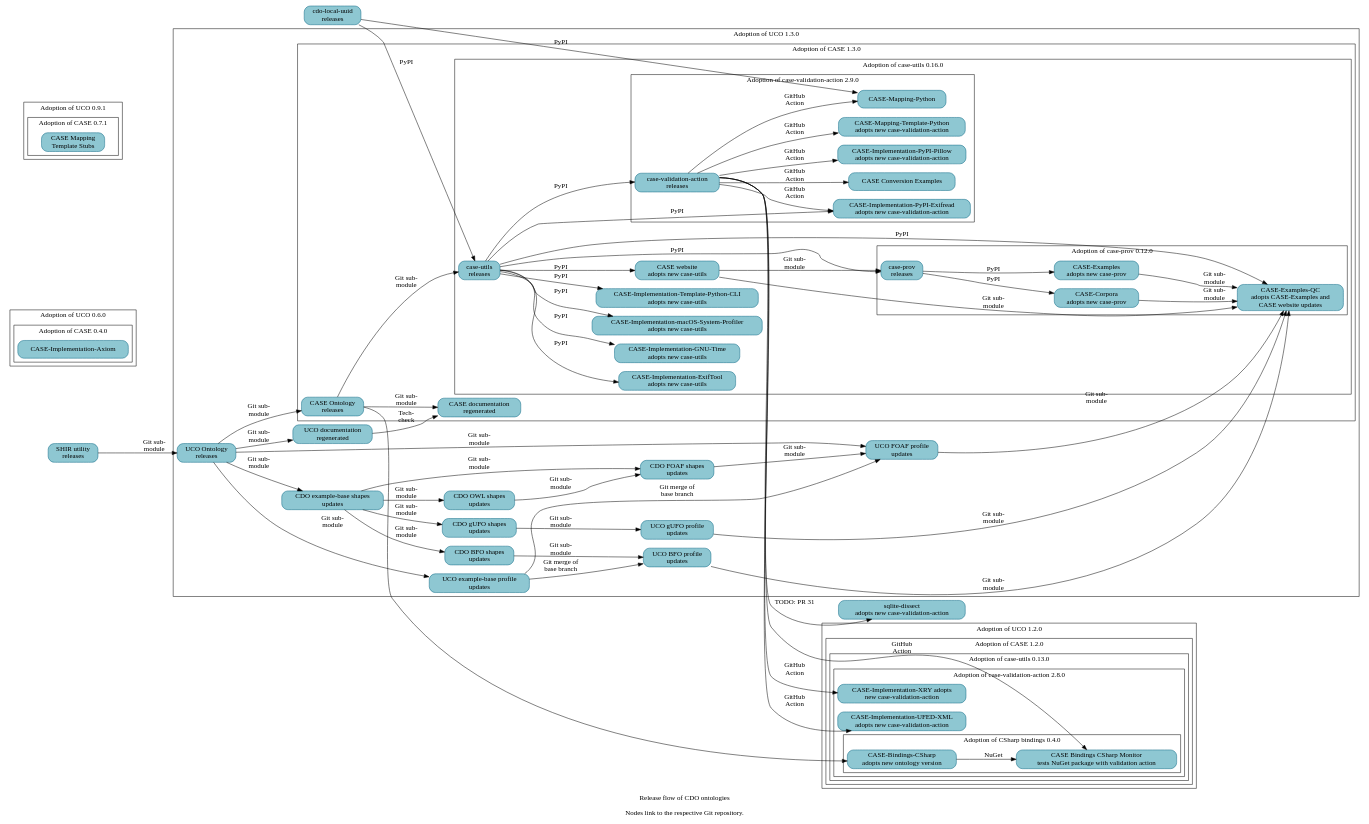
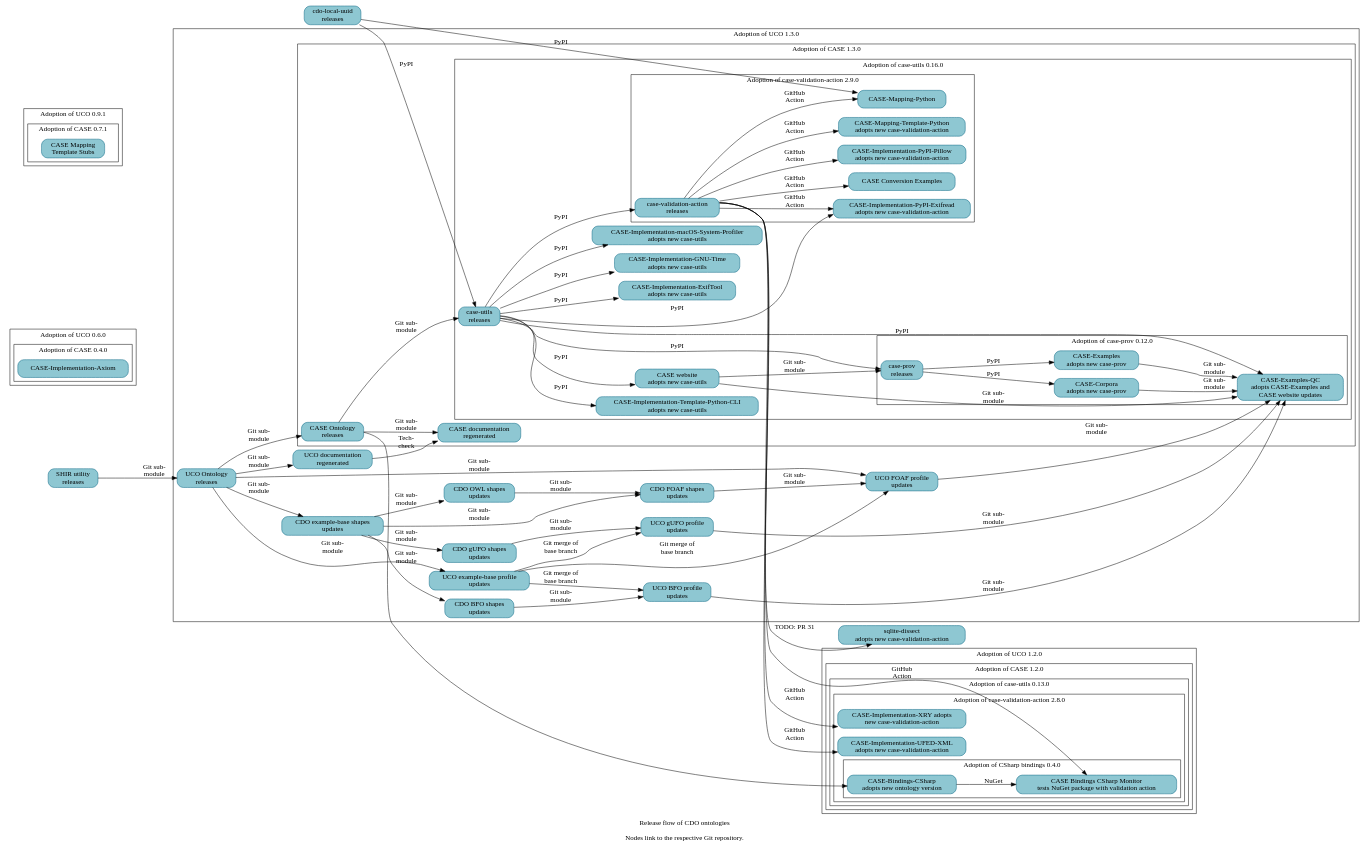
The diagram in resources/project_release_flow.dot (Cyber-Domain-Ontology/cdo.github.io), drawn with Graphviz before and after one commit.

Commit message:
Link UCO-Profile-Example into supply chain for UCO-Profile-gufo
A follow-on patch will regenerate Make-managed files.

```diff
--- a/resources/project_release_flow.dot
+++ b/resources/project_release_flow.dot
@@ -1,163 +1,164 @@
 digraph "cdo_release_flow" {
   label = "Release flow of CDO ontologies\n\nNodes link to the respective Git repository." ;
   rankdir = "LR" ;
   node [shape="rectangle" style="filled,rounded" fillcolor="#8EC7D2" color="#0D6986"] ;
 
   // Define nodes in their corresponding progress subgraph.
 
   _GH__CYBER_DOMAIN_ONTOLOGY__CDO_UTILITY_LOCAL_UUID [URL="https://github.com/Cyber-Domain-Ontology/CDO-Utility-Local-UUID" label="cdo-local-uuid\nreleases"] ;
 
   subgraph cluster_uco_0_6_0 {
     label = "Adoption of UCO 0.6.0" ;
 
     subgraph cluster_case_0_4_0 {
       label = "Adoption of CASE 0.4.0" ;
       _GH__CASEWORK__CASE_IMPLEMENTATION_AXIOM [URL="https://github.com/casework/CASE-Implementation-Axiom" label="CASE-Implementation-Axiom"] ;
     }
   }
 
   subgraph cluster_uco_0_9_1 {
     label = "Adoption of UCO 0.9.1" ;
 
     subgraph cluster_case_0_7_1 {
       label = "Adoption of CASE 0.7.1" ;
       _GH__CASEWORK__CASE_MAPPING_TEMPLATE_STUBS [URL="https://github.com/casework/CASE-Mapping-Template-Stubs" label="CASE Mapping\nTemplate Stubs"] ;
     }
   }
 
   subgraph cluster_uco_1_2_0 {
     label = "Adoption of UCO 1.2.0" ;
 
     subgraph cluster_case_1_2_0 {
       label = "Adoption of CASE 1.2.0" ;
 
       subgraph cluster_case_utils_0_13_0 {
         label = "Adoption of case-utils 0.13.0" ;
 
         subgraph cluster_case_validation_action_2_8_0 {
           label = "Adoption of case-validation-action 2.8.0" ;
 
           _GH__CASEWORK__CASE_IMPLEMENTATION_UFED_XML [URL="https://github.com/casework/CASE-Implementation-UFED-XML" label="CASE-Implementation-UFED-XML\nadopts new case-validation-action"] ;
           _GH__CASEWORK__CASE_IMPLEMENTATION_XRY [URL="https://github.com/casework/CASE-Implementation-XRY" label="CASE-Implementation-XRY adopts\nnew case-validation-action"] ;
 
           subgraph cluster_case_bindings_csharp_0_4_0 {
             label = "Adoption of CSharp bindings 0.4.0" ;
 
             _GH__CASEWORK__CASE_BINDINGS_CSHARP_MONITOR [URL="https://github.com/casework/CASE-Bindings-CSharp-Monitor" label="CASE Bindings CSharp Monitor\ntests NuGet package with validation action"] ;
             _GH__CIPHERTECHSOLUTIONS__CASE_BINDINGS_CSHARP [URL="https://github.com/ciphertechsolutions/CASE-Bindings-CSharp" label="CASE-Bindings-CSharp\nadopts new ontology version"] ;
           }
         }
       }
     }
   }
 
   subgraph cluster_uco_1_3_0 {
     label = "Adoption of UCO 1.3.0" ;
 
     _GH__CYBER_DOMAIN_ONTOLOGY__CDO_SHAPES_BFO [URL="https://github.com/Cyber-Domain-Ontology/CDO-Shapes-BFO" label="CDO BFO shapes\nupdates"] ;
     _GH__CYBER_DOMAIN_ONTOLOGY__CDO_SHAPES_EXAMPLE [URL="https://github.com/Cyber-Domain-Ontology/CDO-Shapes-Example" label="CDO example-base shapes\nupdates"] ;
     _GH__CYBER_DOMAIN_ONTOLOGY__CDO_SHAPES_FOAF [URL="https://github.com/Cyber-Domain-Ontology/CDO-Shapes-FOAF" label="CDO FOAF shapes\nupdates"] ;
     _GH__CYBER_DOMAIN_ONTOLOGY__CDO_SHAPES_GUFO [URL="https://github.com/Cyber-Domain-Ontology/CDO-Shapes-gufo" label="CDO gUFO shapes\nupdates"] ;
     _GH__CYBER_DOMAIN_ONTOLOGY__CDO_SHAPES_OWL [URL="https://github.com/Cyber-Domain-Ontology/CDO-Shapes-OWL" label="CDO OWL shapes\nupdates"] ;
     _GH__UCOPROJECT__ONTOLOGY_UNIFIEDCYBERONTOLOGY_ORG [URL="https://github.com/ucoProject/ontology.unifiedcyberontology.org" label="UCO documentation\nregenerated"] ;
     _GH__UCOPROJECT__UCO [URL="https://github.com/ucoProject/UCO" label="UCO Ontology\nreleases"] ;
     _GH__UCOPROJECT__UCO_PROFILE_BFO [URL="https://github.com/ucoProject/UCO-Profile-BFO" label="UCO BFO profile\nupdates"] ;
     _GH__UCOPROJECT__UCO_PROFILE_EXAMPLE [URL="https://github.com/ucoProject/UCO-Profile-Example" label="UCO example-base profile\nupdates"] ;
     _GH__UCOPROJECT__UCO_PROFILE_FOAF [URL="https://github.com/ucoProject/UCO-Profile-FOAF" label="UCO FOAF profile\nupdates"] ;
     _GH__UCOPROJECT__UCO_PROFILE_GUFO [URL="https://github.com/ucoProject/UCO-Profile-gufo" label="UCO gUFO profile\nupdates"] ;
 
     subgraph cluster_case_1_2_0 {
       label = "Adoption of CASE 1.3.0" ;
 
       _GH__CASEWORK__CASE [URL="https://github.com/casework/CASE" label="CASE Ontology\nreleases"] ;
       _GH__CASEWORK__ONTOLOGY_CASEONTOLOGY_ORG [URL="https://github.com/casework/ontology.caseontology.org" label="CASE documentation\nregenerated"] ;
 
       subgraph cluster_case_utils_0_16_0 {
         label = "Adoption of case-utils 0.16.0" ;
 
         _GH__CASEWORK__CASE_IMPLEMENTATION_EXIFTOOL [URL="https://github.com/casework/CASE-Implementation-ExifTool" label="CASE-Implementation-ExifTool\nadopts new case-utils"] ;
         _GH__CASEWORK__CASE_IMPLEMENTATION_GNU_TIME [URL="https://github.com/casework/CASE-Implementation-GNU-Time" label="CASE-Implementation-GNU-Time\nadopts new case-utils"] ;
         _GH__CASEWORK__CASE_IMPLEMENTATION_MACOS_SYSTEM_PROFILER [URL="https://github.com/casework/CASE-Implementation-macOS-System-Profiler" label="CASE-Implementation-macOS-System-Profiler\nadopts new case-utils"] ;
         _GH__CASEWORK__CASE_IMPLEMENTATION_TEMPLATE_PYTHON_CLI [URL="https://github.com/casework/CASE-Implementation-Template-Python-CLI" label="CASE-Implementation-Template-Python-CLI\nadopts new case-utils"]
         _GH__CASEWORK__CASE_UTILITIES_PYTHON [URL="https://github.com/casework/CASE-Utilities-Python" label="case-utils\nreleases"] ;
         _GH__CASEWORK__CASEWORK_GITHUB_IO [URL="https://github.com/casework/casework.github.io" label="CASE website\nadopts new case-utils"] ;
 
         subgraph cluster_case_prov_0_12_0 {
           label = "Adoption of case-prov 0.12.0" ;
 
           _GH__AJNELSON_NIST__CASE_EXAMPLES_QC [URL="https://github.com/ajnelson-nist/CASE-Examples-QC" label="CASE-Examples-QC\nadopts CASE-Examples and\nCASE website updates"] ;
           _GH__CASEWORK__CASE_CORPORA [URL="https://github.com/casework/CASE-Corpora" label="CASE-Corpora\nadopts new case-prov"] ;
           _GH__CASEWORK__CASE_EXAMPLES [URL="https://github.com/casework/CASE-Examples" label="CASE-Examples\nadopts new case-prov"] ;
           _GH__CASEWORK__CASE_IMPLEMENTATION_PROV_O [URL="https://github.com/casework/CASE-Implementation-PROV-O" label="case-prov\nreleases"] ;
         }
 
         subgraph cluster_case_validation_action_2_9_0 {
           label = "Adoption of case-validation-action 2.9.0" ;
 
           _GH__CASEWORK__CASE_EXAMPLES_CONVERSION [URL="https://github.com/casework/CASE-Examples-Conversion" label="CASE Conversion Examples"] ;
           _GH__CASEWORK__CASE_IMPLEMENTATION_PYPI_EXIFREAD [URL="https://github.com/casework/CASE-Implementation-PyPI-Exifread" label="CASE-Implementation-PyPI-Exifread\nadopts new case-validation-action"] ;
           _GH__CASEWORK__CASE_IMPLEMENTATION_PYPI_PILLOW [URL="https://github.com/casework/CASE-Implementation-PyPI-Pillow" label="CASE-Implementation-PyPI-Pillow\nadopts new case-validation-action"] ;
           _GH__CASEWORK__CASE_MAPPING_PYTHON [URL="https://github.com/casework/CASE-Mapping-Python/" label="CASE-Mapping-Python"] ;
           _GH__CASEWORK__CASE_MAPPING_TEMPLATE_PYTHON [URL="https://github.com/casework/CASE-Mapping-Template-Python" label="CASE-Mapping-Template-Python\nadopts new case-validation-action"] ;
           _GH__KCHASON__CASE_VALIDATION_ACTION [URL="https://github.com/kchason/case-validation-action" label="case-validation-action\nreleases"] ;
         }
       }
     }
   }
 
   _GH__CASEWORK__CASE_UTILITY_SHACL_INHERITANCE_REVIEWER [URL="https://github.com/casework/CASE-Utility-SHACL-Inheritance-Reviewer" label="SHIR utility\nreleases"] ;
   _GH__DOD_CYBER_CRIME_CENTER__SQLITE_DISSECT [URL="https://github.com/dod-cyber-crime-center/sqlite-dissect" label="sqlite-dissect\nadopts new case-validation-action"] ;
 
   // Begin edges
 
   _GH__CASEWORK__CASEWORK_GITHUB_IO -> _GH__CASEWORK__CASE_IMPLEMENTATION_PROV_O [label="Git sub-\nmodule"] ;
   _GH__CASEWORK__CASE_CORPORA -> _GH__AJNELSON_NIST__CASE_EXAMPLES_QC [label="Git sub-\nmodule"] ;
   _GH__CASEWORK__CASE -> _GH__CASEWORK__CASE_UTILITIES_PYTHON [label="Git sub-\nmodule"] ;
   _GH__CASEWORK__CASE -> _GH__CIPHERTECHSOLUTIONS__CASE_BINDINGS_CSHARP ;
   _GH__CASEWORK__CASE -> _GH__CASEWORK__ONTOLOGY_CASEONTOLOGY_ORG [label="Git sub-\nmodule"] ; 
   _GH__CASEWORK__CASE_EXAMPLES -> _GH__AJNELSON_NIST__CASE_EXAMPLES_QC [label="Git sub-\nmodule"] ;
   _GH__CASEWORK__CASE_IMPLEMENTATION_PROV_O -> _GH__CASEWORK__CASE_CORPORA [label="PyPI"] ;
   _GH__CASEWORK__CASE_IMPLEMENTATION_PROV_O -> _GH__CASEWORK__CASE_EXAMPLES [label="PyPI"] ;
   _GH__CASEWORK__CASE_UTILITIES_PYTHON -> _GH__AJNELSON_NIST__CASE_EXAMPLES_QC [label="PyPI"] ;
   _GH__CASEWORK__CASE_UTILITIES_PYTHON -> _GH__CASEWORK__CASE_IMPLEMENTATION_EXIFTOOL [label="PyPI"] ;
   _GH__CASEWORK__CASE_UTILITIES_PYTHON -> _GH__CASEWORK__CASE_IMPLEMENTATION_GNU_TIME [label="PyPI"] ;
   _GH__CASEWORK__CASE_UTILITIES_PYTHON -> _GH__CASEWORK__CASE_IMPLEMENTATION_MACOS_SYSTEM_PROFILER [label="PyPI"] ;
   _GH__CASEWORK__CASE_UTILITIES_PYTHON -> _GH__CASEWORK__CASE_IMPLEMENTATION_PROV_O [label="PyPI"] ;
   _GH__CASEWORK__CASE_UTILITIES_PYTHON -> _GH__CASEWORK__CASE_IMPLEMENTATION_PYPI_EXIFREAD [label="PyPI"] ;
   _GH__CASEWORK__CASE_UTILITIES_PYTHON -> _GH__CASEWORK__CASE_IMPLEMENTATION_TEMPLATE_PYTHON_CLI [label="PyPI"];
   _GH__CASEWORK__CASE_UTILITIES_PYTHON -> _GH__KCHASON__CASE_VALIDATION_ACTION [label="PyPI"] ;
   _GH__CASEWORK__CASE_UTILITIES_PYTHON -> _GH__CASEWORK__CASEWORK_GITHUB_IO [label="PyPI"] ;
   _GH__CASEWORK__CASE_UTILITY_SHACL_INHERITANCE_REVIEWER -> _GH__UCOPROJECT__UCO [label="Git sub-\nmodule"] ;
   _GH__CASEWORK__CASEWORK_GITHUB_IO -> _GH__AJNELSON_NIST__CASE_EXAMPLES_QC [label="Git sub-\nmodule"] ;
   _GH__CIPHERTECHSOLUTIONS__CASE_BINDINGS_CSHARP -> _GH__CASEWORK__CASE_BINDINGS_CSHARP_MONITOR [label="NuGet"] ;
   _GH__CYBER_DOMAIN_ONTOLOGY__CDO_UTILITY_LOCAL_UUID -> _GH__CASEWORK__CASE_MAPPING_PYTHON [label="PyPI"] ;
   _GH__CYBER_DOMAIN_ONTOLOGY__CDO_UTILITY_LOCAL_UUID -> _GH__CASEWORK__CASE_UTILITIES_PYTHON [label="PyPI"] ;
   _GH__CYBER_DOMAIN_ONTOLOGY__CDO_SHAPES_BFO -> _GH__UCOPROJECT__UCO_PROFILE_BFO [label="Git sub-\nmodule"] ;
   _GH__CYBER_DOMAIN_ONTOLOGY__CDO_SHAPES_EXAMPLE -> _GH__CYBER_DOMAIN_ONTOLOGY__CDO_SHAPES_BFO [label="Git sub-\nmodule"] ;
   _GH__CYBER_DOMAIN_ONTOLOGY__CDO_SHAPES_EXAMPLE -> _GH__CYBER_DOMAIN_ONTOLOGY__CDO_SHAPES_FOAF [label="Git sub-\nmodule"] ;
   _GH__CYBER_DOMAIN_ONTOLOGY__CDO_SHAPES_EXAMPLE -> _GH__CYBER_DOMAIN_ONTOLOGY__CDO_SHAPES_GUFO [label="Git sub-\nmodule"] ;
   _GH__CYBER_DOMAIN_ONTOLOGY__CDO_SHAPES_EXAMPLE -> _GH__CYBER_DOMAIN_ONTOLOGY__CDO_SHAPES_OWL [label="Git sub-\nmodule"] ;
   _GH__CYBER_DOMAIN_ONTOLOGY__CDO_SHAPES_FOAF -> _GH__UCOPROJECT__UCO_PROFILE_FOAF [label="Git sub-\nmodule"] ;
   _GH__CYBER_DOMAIN_ONTOLOGY__CDO_SHAPES_GUFO -> _GH__UCOPROJECT__UCO_PROFILE_GUFO [label="Git sub-\nmodule"] ;
   _GH__CYBER_DOMAIN_ONTOLOGY__CDO_SHAPES_OWL -> _GH__CYBER_DOMAIN_ONTOLOGY__CDO_SHAPES_FOAF [label="Git sub-\nmodule"] ;
   _GH__KCHASON__CASE_VALIDATION_ACTION -> _GH__CASEWORK__CASE_BINDINGS_CSHARP_MONITOR [label="GitHub\nAction"] ;
   _GH__KCHASON__CASE_VALIDATION_ACTION -> _GH__CASEWORK__CASE_EXAMPLES_CONVERSION [label="GitHub\nAction"];
   _GH__KCHASON__CASE_VALIDATION_ACTION -> _GH__CASEWORK__CASE_IMPLEMENTATION_PYPI_EXIFREAD [label="GitHub\nAction"] ;
   _GH__KCHASON__CASE_VALIDATION_ACTION -> _GH__CASEWORK__CASE_IMPLEMENTATION_PYPI_PILLOW [label="GitHub\nAction"] ;
   _GH__KCHASON__CASE_VALIDATION_ACTION -> _GH__CASEWORK__CASE_IMPLEMENTATION_UFED_XML [label="GitHub\nAction"] ;
   _GH__KCHASON__CASE_VALIDATION_ACTION -> _GH__CASEWORK__CASE_IMPLEMENTATION_XRY [label="GitHub\nAction"] ;
   _GH__KCHASON__CASE_VALIDATION_ACTION -> _GH__CASEWORK__CASE_MAPPING_PYTHON [label="GitHub\nAction"] ;
   _GH__KCHASON__CASE_VALIDATION_ACTION -> _GH__CASEWORK__CASE_MAPPING_TEMPLATE_PYTHON [label="GitHub\nAction"] ;
   _GH__KCHASON__CASE_VALIDATION_ACTION -> _GH__DOD_CYBER_CRIME_CENTER__SQLITE_DISSECT [URL="https://github.com/dod-cyber-crime-center/sqlite-dissect/pull/31" label="TODO: PR 31"] ;
   _GH__UCOPROJECT__ONTOLOGY_UNIFIEDCYBERONTOLOGY_ORG -> _GH__CASEWORK__ONTOLOGY_CASEONTOLOGY_ORG [label="Tech-\ncheck"];
   _GH__UCOPROJECT__UCO -> _GH__CASEWORK__CASE [label="Git sub-\nmodule"] ;
   _GH__UCOPROJECT__UCO -> _GH__CYBER_DOMAIN_ONTOLOGY__CDO_SHAPES_EXAMPLE [label="Git sub-\nmodule"] ;
   _GH__UCOPROJECT__UCO -> _GH__UCOPROJECT__ONTOLOGY_UNIFIEDCYBERONTOLOGY_ORG [label="Git sub-\nmodule"] ;
   _GH__UCOPROJECT__UCO -> _GH__UCOPROJECT__UCO_PROFILE_EXAMPLE [label="Git sub-\nmodule"] ;
   _GH__UCOPROJECT__UCO -> _GH__UCOPROJECT__UCO_PROFILE_FOAF [label="Git sub-\nmodule"] ;
   _GH__UCOPROJECT__UCO_PROFILE_BFO -> _GH__AJNELSON_NIST__CASE_EXAMPLES_QC [label="Git sub-\nmodule"] ;
   _GH__UCOPROJECT__UCO_PROFILE_EXAMPLE -> _GH__UCOPROJECT__UCO_PROFILE_BFO [label="Git merge of\nbase branch"] ;
   _GH__UCOPROJECT__UCO_PROFILE_EXAMPLE -> _GH__UCOPROJECT__UCO_PROFILE_FOAF [label="Git merge of\nbase branch"] ;
+  _GH__UCOPROJECT__UCO_PROFILE_EXAMPLE -> _GH__UCOPROJECT__UCO_PROFILE_GUFO [label="Git merge of\nbase branch"] ;
   _GH__UCOPROJECT__UCO_PROFILE_FOAF -> _GH__AJNELSON_NIST__CASE_EXAMPLES_QC [label="Git sub-\nmodule"] ;
   _GH__UCOPROJECT__UCO_PROFILE_GUFO -> _GH__AJNELSON_NIST__CASE_EXAMPLES_QC [label="Git sub-\nmodule"] ;
 }
```
